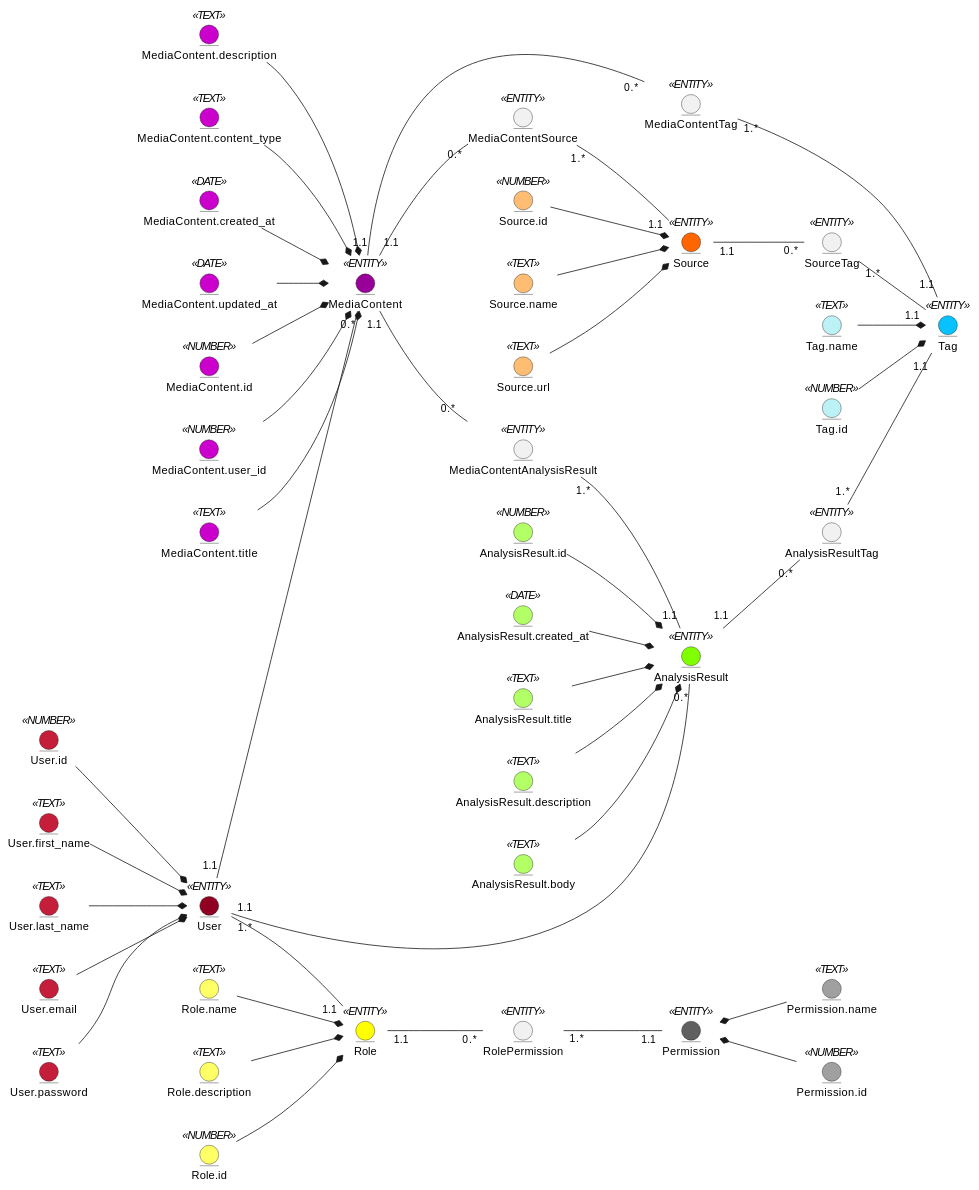
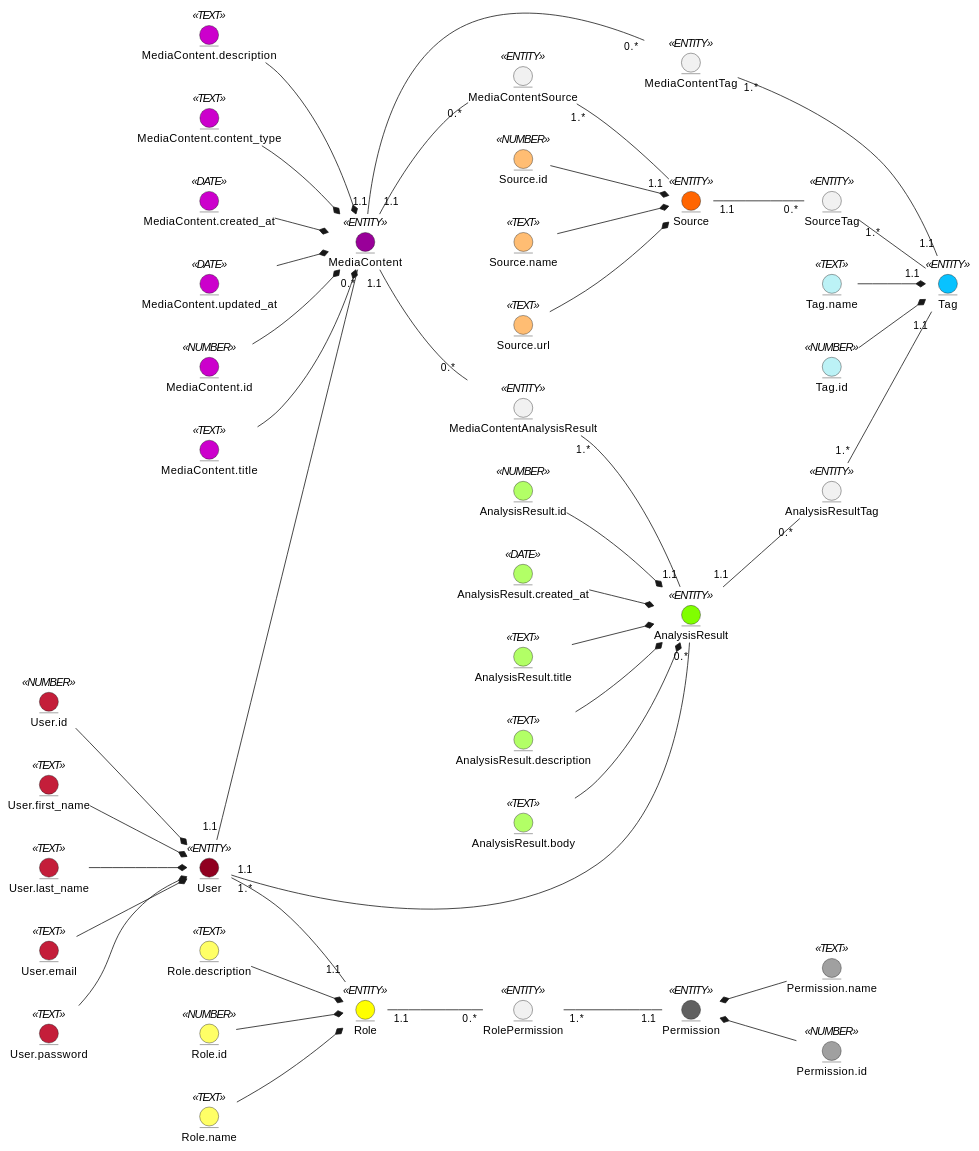
One commit to semenyaka08/media-content-api changed the diagram in docs/design/README.md. Above: the diagram before and after it, drawn with PlantUML.

Commit message:
Delete foreign key in MediaContent

```diff
--- a/docs/design/README.md
+++ b/docs/design/README.md
@@ -23,7 +23,6 @@
 
 entity MediaContent <<ENTITY>> #990099
 entity MediaContent.id <<NUMBER>> #CC00CC
-entity MediaContent.user_id <<NUMBER>> #CC00CC
 entity MediaContent.title <<TEXT>> #CC00CC
 entity MediaContent.description <<TEXT>> #CC00CC
 entity MediaContent.content_type <<TEXT>> #CC00CC
@@ -31,7 +30,6 @@
 entity MediaContent.updated_at <<DATE>> #CC00CC
 
 MediaContent.id --* MediaContent
-MediaContent.user_id --* MediaContent
 MediaContent.title --* MediaContent
 MediaContent.description --* MediaContent
 MediaContent.content_type --* MediaContent
```
